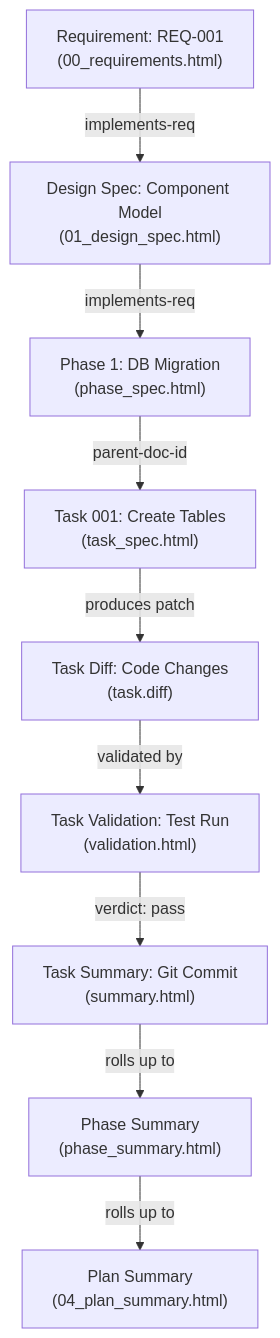
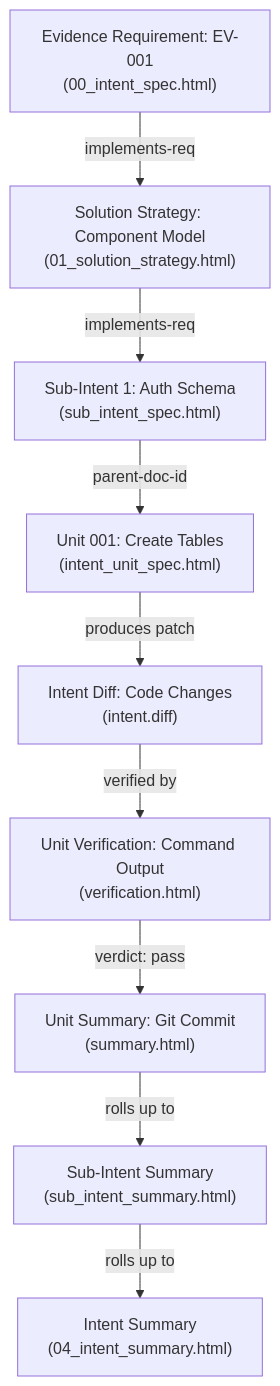
One commit to Equitable-Innovations/tosh changed the second of 2 diagrams in build-docs/docs/work-items/README.md. Above: the diagram before and after it, drawn with Mermaid. The commit also changed other lines of this file and 61 other files, not shown here.

````diff
--- a/build-docs/docs/work-items/README.md
+++ b/build-docs/docs/work-items/README.md
@@ -450,11 +673,11 @@
 ```mermaid
 graph TD
-    REQ["Requirement: REQ-001<br/>(00_requirements.html)"] -->|" implements-req "| DESIGN["Design Spec: Component Model<br/>(01_design_spec.html)"]
-    DESIGN -->|" implements-req "| PLAN["Phase 1: DB Migration<br/>(phase_spec.html)"]
-    PLAN -->|" parent-doc-id "| TASK["Task 001: Create Tables<br/>(task_spec.html)"]
-    TASK -->|" produces patch "| DIFF["Task Diff: Code Changes<br/>(task.diff)"]
-    DIFF -->|" validated by "| VAL["Task Validation: Test Run<br/>(validation.html)"]
-    VAL -->|" verdict: pass "| SUM["Task Summary: Git Commit<br/>(summary.html)"]
-    SUM -->|" rolls up to "| PSUM["Phase Summary<br/>(phase_summary.html)"]
-    PSUM -->|" rolls up to "| WISUM["Plan Summary<br/>(04_plan_summary.html)"]
+    INTENT["Evidence Requirement: EV-001<br/>(00_intent_spec.html)"] -->|" implements-req "| STRATEGY["Solution Strategy: Component Model<br/>(01_solution_strategy.html)"]
+    STRATEGY -->|" implements-req "| SUB["Sub-Intent 1: Auth Schema<br/>(sub_intent_spec.html)"]
+    SUB -->|" parent-doc-id "| UNIT["Unit 001: Create Tables<br/>(intent_unit_spec.html)"]
+    UNIT -->|" produces patch "| DIFF["Intent Diff: Code Changes<br/>(intent.diff)"]
+    DIFF -->|" verified by "| VER["Unit Verification: Command Output<br/>(verification.html)"]
+    VER -->|" verdict: pass "| SUM["Unit Summary: Git Commit<br/>(summary.html)"]
+    SUM -->|" rolls up to "| SSUM["Sub-Intent Summary<br/>(sub_intent_summary.html)"]
+    SSUM -->|" rolls up to "| ISUM["Intent Summary<br/>(04_intent_summary.html)"]
 ```
````
